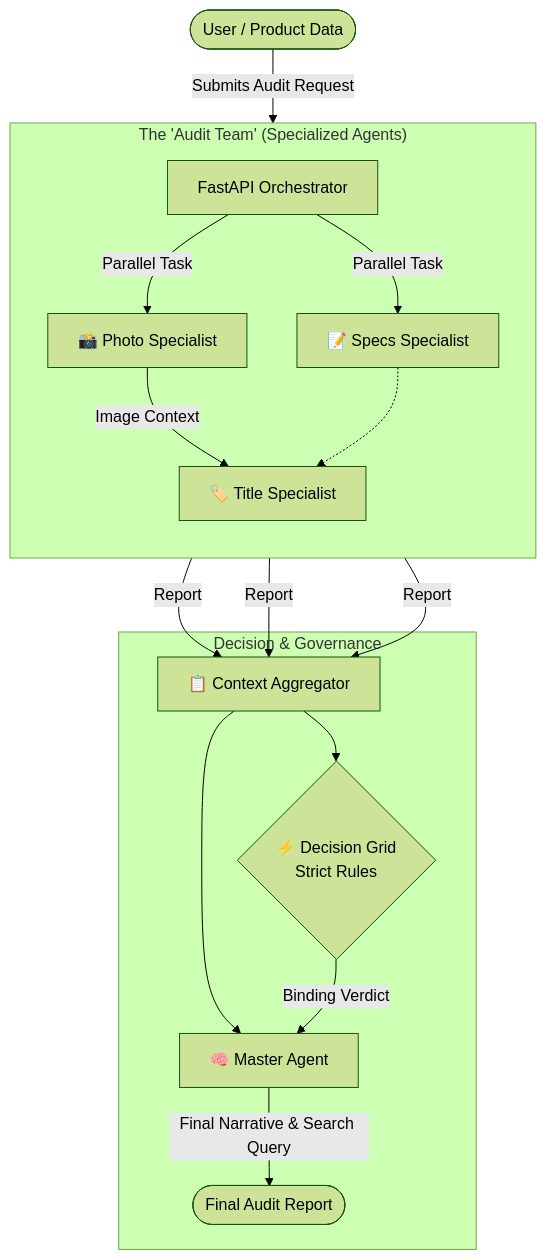
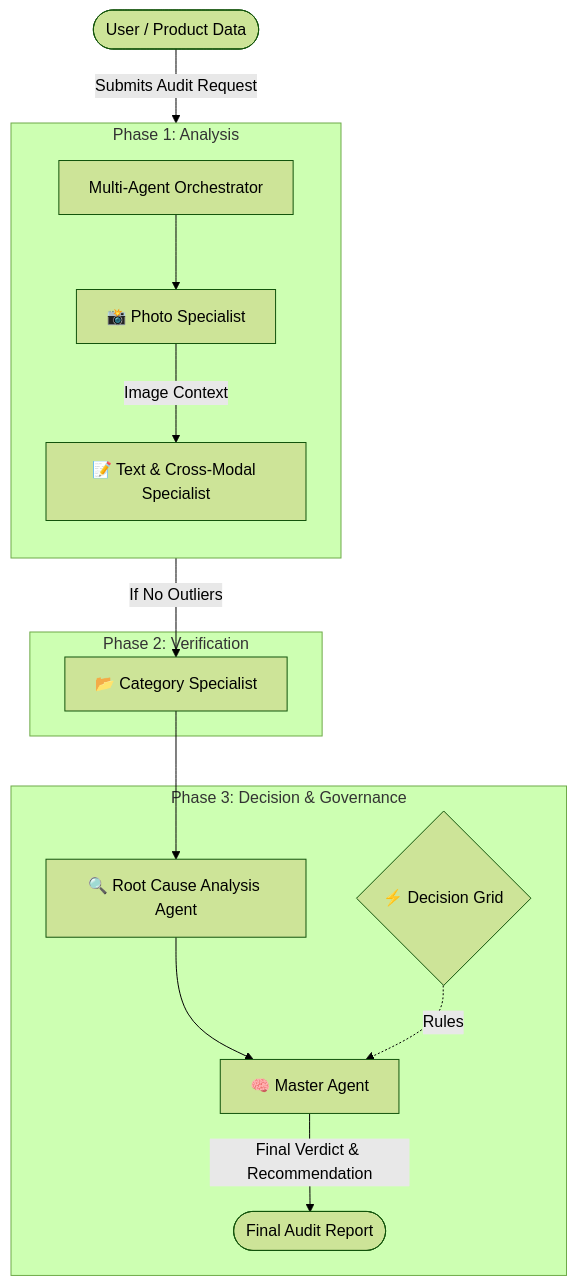
The diagram in gemini/Agent_Flow_High_Level.md (ayushsoam013/Multi-Agent-Auditor-1.4), drawn with Mermaid (forest theme) before and after one commit. The commit also changed other lines of this file, not shown here.

Commit message:
docs: update high-level flow diagram and agent descriptions

````diff
--- a/gemini/Agent_Flow_High_Level.md
+++ b/gemini/Agent_Flow_High_Level.md
@@ -15,25 +15,22 @@
 ```mermaid
 graph TD
-    User([User / Product Data]) -->|Submits Audit Request| API[FastAPI Orchestrator]
+    User([User / Product Data]) -->|Submits Audit Request| Orchestrator[Multi-Agent Orchestrator]
 
-    subgraph "The 'Audit Team' (Specialized Agents)"
+    subgraph "Phase 1: Analysis"
         direction TB
-        API -->|Parallel Task| PhotoAgent[📸 Photo Specialist]
-        API -->|Parallel Task| SpecsAgent[📝 Specs Specialist]
-
-        PhotoAgent -->|Image Context| TitleAgent[🏷️ Title Specialist]
-        SpecsAgent -.-> TitleAgent
+        Orchestrator --> PhotoAgent[📸 Photo Specialist]
+        PhotoAgent -->|Image Context| TextualAgent[📝 Text & Cross-Modal Specialist]
     end
 
-    subgraph "Decision & Governance"
-        PhotoAgent -->|Report| Aggregator[📋 Context Aggregator]
-        TitleAgent -->|Report| Aggregator
-        SpecsAgent -->|Report| Aggregator
+    subgraph "Phase 2: Verification"
+        TextualAgent -->|If No Outliers| CategoryAgent[📂 Category Specialist]
+    end
 
-        Aggregator --> MasterAgent[🧠 Master Agent]
-        Aggregator --> DecisionGrid{⚡ Decision Grid\n Strict Rules}
-
-        DecisionGrid -->|Binding Verdict| MasterAgent
-        MasterAgent -->|Final Narrative & Search Query| Output([Final Audit Report])
+    subgraph "Phase 3: Decision & Governance"
+        CategoryAgent --> RCA[🔍 Root Cause Analysis Agent]
+        RCA --> MasterAgent[🧠 Master Agent]
+        
+        DecisionGrid{⚡ Decision Grid} -.->|Rules| MasterAgent
+        MasterAgent -->|Final Verdict & Recommendation| Output([Final Audit Report])
     end
 ```
````
